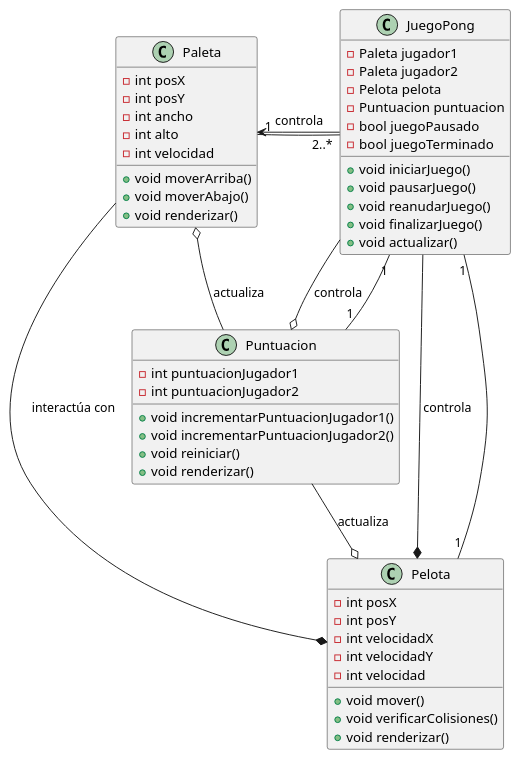
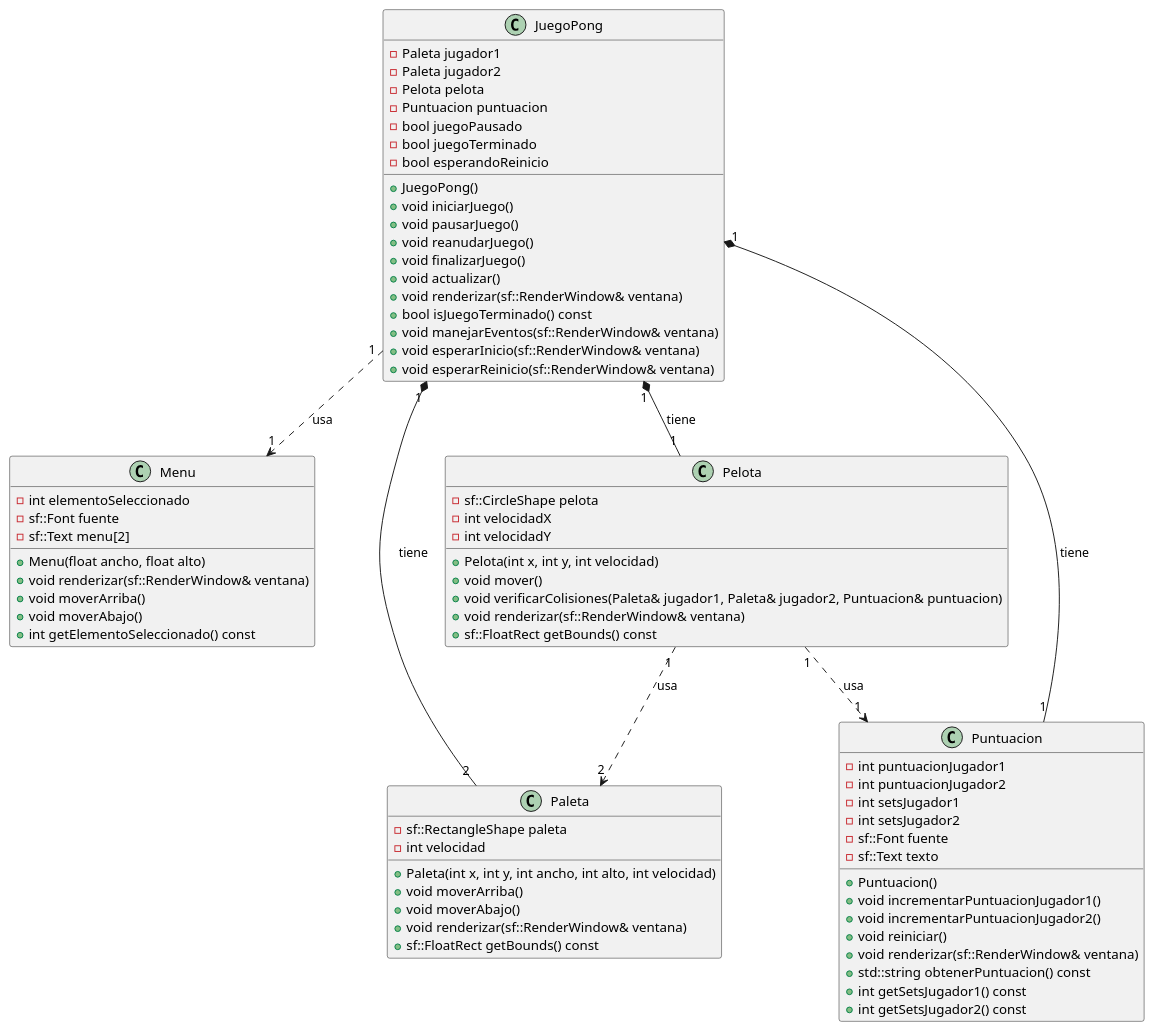
The diagram in docs/PingPong_Atari.puml (MyMCruz/PingPongAt_Prac), drawn with PlantUML before and after one commit. The commit also changed 22 other files, not shown here.

```diff
--- a/docs/PingPong_Atari.puml
+++ b/docs/PingPong_Atari.puml
@@ -1,60 +1,81 @@
 @startuml PingPong_Atari
 
 class JuegoPong {
-    -Paleta jugador1
-    -Paleta jugador2
-    -Pelota pelota
-    -Puntuacion puntuacion
-    -bool juegoPausado
-    -bool juegoTerminado
-    +void iniciarJuego()
-    +void pausarJuego()
-    +void reanudarJuego()
-    +void finalizarJuego()
-    +void actualizar()
+    - Paleta jugador1
+    - Paleta jugador2
+    - Pelota pelota
+    - Puntuacion puntuacion
+    - bool juegoPausado
+    - bool juegoTerminado
+    - bool esperandoReinicio
+    + JuegoPong()
+    + void iniciarJuego()
+    + void pausarJuego()
+    + void reanudarJuego()
+    + void finalizarJuego()
+    + void actualizar()
+    + void renderizar(sf::RenderWindow& ventana)
+    + bool isJuegoTerminado() const
+    + void manejarEventos(sf::RenderWindow& ventana)
+    + void esperarInicio(sf::RenderWindow& ventana)
+    + void esperarReinicio(sf::RenderWindow& ventana)
+}
+
+class Menu {
+    - int elementoSeleccionado
+    - sf::Font fuente
+    - sf::Text menu[2]
+    + Menu(float ancho, float alto)
+    + void renderizar(sf::RenderWindow& ventana)
+    + void moverArriba()
+    + void moverAbajo()
+    + int getElementoSeleccionado() const
 }
 
 class Paleta {
-    -int posX
-    -int posY
-    -int ancho
-    -int alto
-    -int velocidad
-    +void moverArriba()
-    +void moverAbajo()
-    +void renderizar()
+    - sf::RectangleShape paleta
+    - int velocidad
+    + Paleta(int x, int y, int ancho, int alto, int velocidad)
+    + void moverArriba()
+    + void moverAbajo()
+    + void renderizar(sf::RenderWindow& ventana)
+    + sf::FloatRect getBounds() const
 }
 
 class Pelota {
-    -int posX
-    -int posY
-    -int velocidadX
-    -int velocidadY
-    -int velocidad
-    +void mover()
-    +void verificarColisiones()
-    +void renderizar()
+    - sf::CircleShape pelota
+    - int velocidadX
+    - int velocidadY
+    + Pelota(int x, int y, int velocidad)
+    + void mover()
+    + void verificarColisiones(Paleta& jugador1, Paleta& jugador2, Puntuacion& puntuacion)
+    + void renderizar(sf::RenderWindow& ventana)
+    + sf::FloatRect getBounds() const
 }
 
 class Puntuacion {
-    -int puntuacionJugador1
-    -int puntuacionJugador2
-    +void incrementarPuntuacionJugador1()
-    +void incrementarPuntuacionJugador2()
-    +void reiniciar()
-    +void renderizar()
+    - int puntuacionJugador1
+    - int puntuacionJugador2
+    - int setsJugador1
+    - int setsJugador2
+    - sf::Font fuente
+    - sf::Text texto
+    + Puntuacion()
+    + void incrementarPuntuacionJugador1()
+    + void incrementarPuntuacionJugador2()
+    + void reiniciar()
+    + void renderizar(sf::RenderWindow& ventana)
+    + std::string obtenerPuntuacion() const
+    + int getSetsJugador1() const
+    + int getSetsJugador2() const
 }
 
-JuegoPong --l> Paleta : controla
-JuegoPong --* Pelota : controla
-JuegoPong --o Puntuacion : controla
+JuegoPong "1" *-- "2" Paleta : tiene
+JuegoPong "1" *-- "1" Pelota : tiene
+JuegoPong "1" *-- "1" Puntuacion : tiene
 
-Paleta --* Pelota : interactúa con
-Puntuacion --o Paleta : actualiza
-Puntuacion --o Pelota : actualiza
-
-Paleta "1" -- "2..*" JuegoPong
-Pelota "1" -- "1" JuegoPong
-Puntuacion "1" -- "1" JuegoPong
+JuegoPong "1" ..> "1" Menu : usa
+Pelota "1" ..> "2" Paleta : usa
+Pelota "1" ..> "1" Puntuacion : usa
 
 @enduml
```
